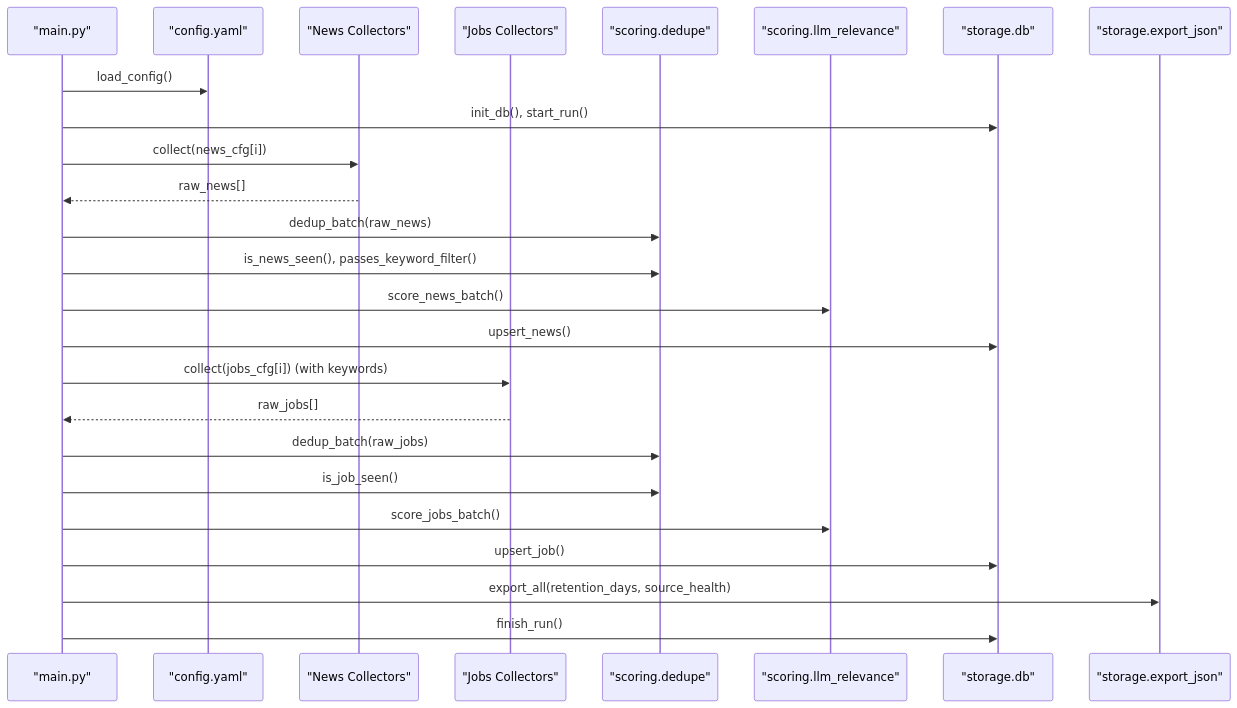
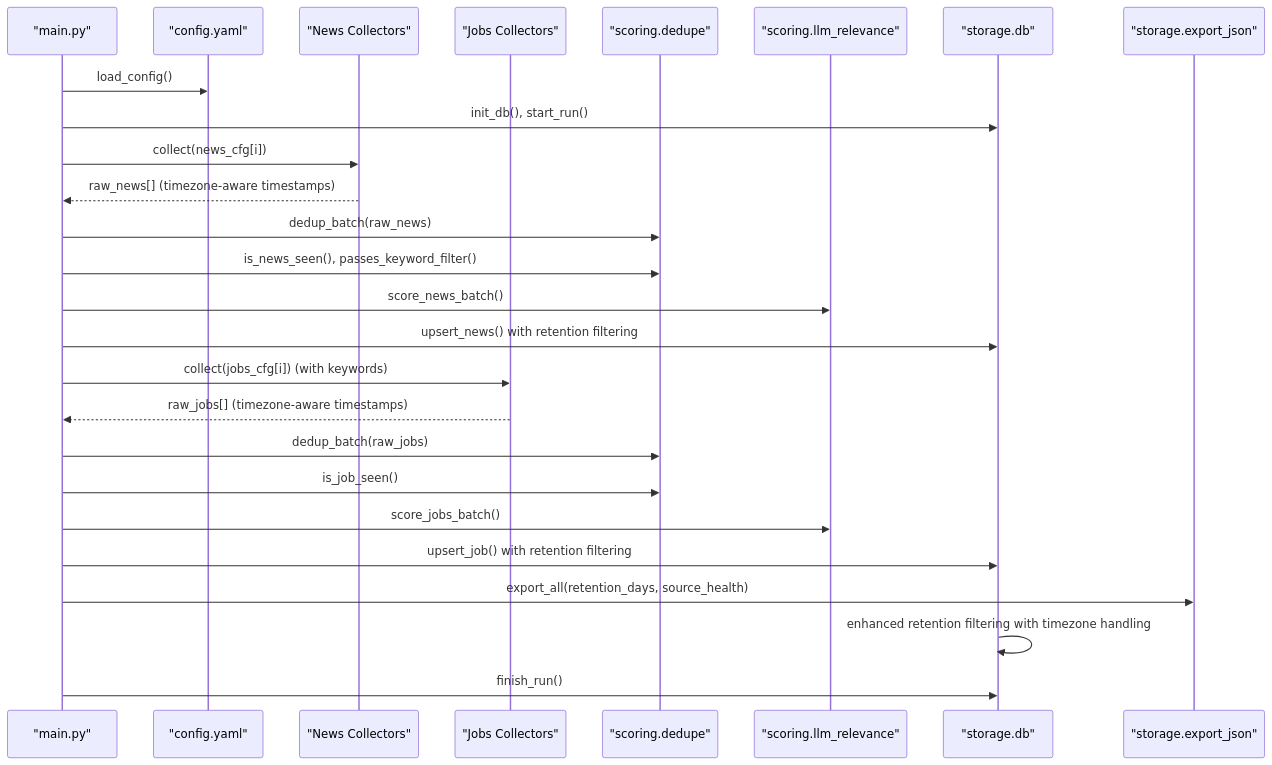
One commit to shakthi-vinayak/news changed the second of 7 diagrams in .qoder/repowiki/en/content/Content Collection System/Content Collection System.md. Above: the diagram before and after it, drawn with Mermaid. The commit also changed other lines of this file and 37 other files, not shown here.

````diff
--- a/.qoder/repowiki/en/content/Content Collection System/Content Collection System.md
+++ b/.qoder/repowiki/en/content/Content Collection System/Content Collection System.md
@@ -87,27 +100,28 @@
 ```mermaid
 sequenceDiagram
 participant Main as "main.py"
 participant Cfg as "config.yaml"
 participant News as "News Collectors"
 participant Jobs as "Jobs Collectors"
 participant Dedup as "scoring.dedupe"
 participant LLM as "scoring.llm_relevance"
 participant DB as "storage.db"
 participant Export as "storage.export_json"
 Main->>Cfg : load_config()
 Main->>DB : init_db(), start_run()
 Main->>News : collect(news_cfg[i])
-News-->>Main : raw_news[]
+News-->>Main : raw_news[] (timezone-aware timestamps)
 Main->>Dedup : dedup_batch(raw_news)
 Main->>Dedup : is_news_seen(), passes_keyword_filter()
 Main->>LLM : score_news_batch()
-Main->>DB : upsert_news()
+Main->>DB : upsert_news() with retention filtering
 Main->>Jobs : collect(jobs_cfg[i]) (with keywords)
-Jobs-->>Main : raw_jobs[]
+Jobs-->>Main : raw_jobs[] (timezone-aware timestamps)
 Main->>Dedup : dedup_batch(raw_jobs)
 Main->>Dedup : is_job_seen()
 Main->>LLM : score_jobs_batch()
-Main->>DB : upsert_job()
+Main->>DB : upsert_job() with retention filtering
 Main->>Export : export_all(retention_days, source_health)
+DB->>DB : enhanced retention filtering with timezone handling
 Main->>DB : finish_run()
 ```
````
